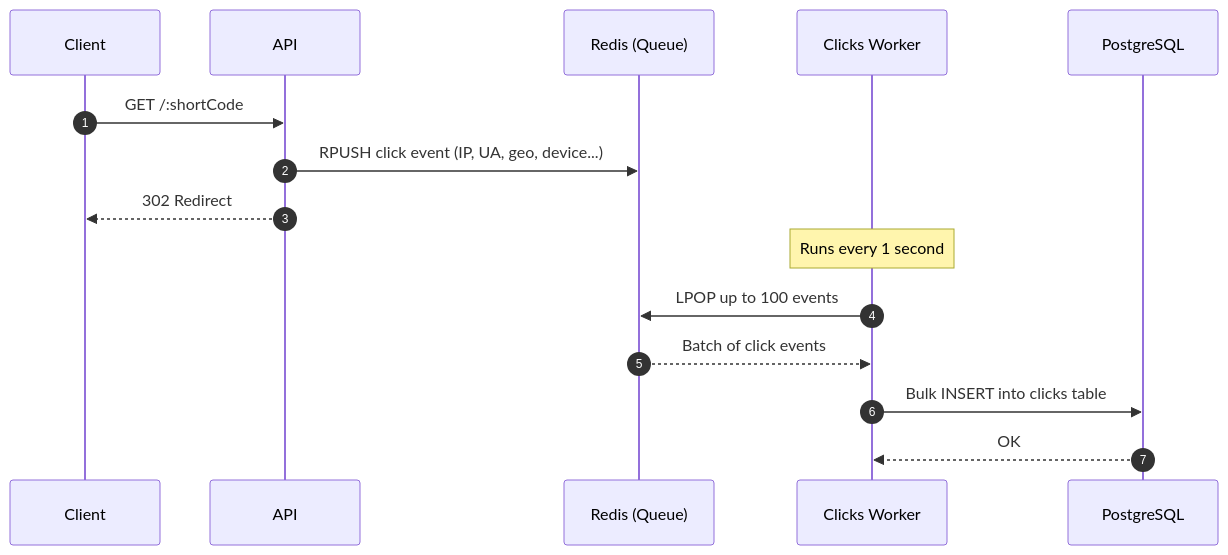
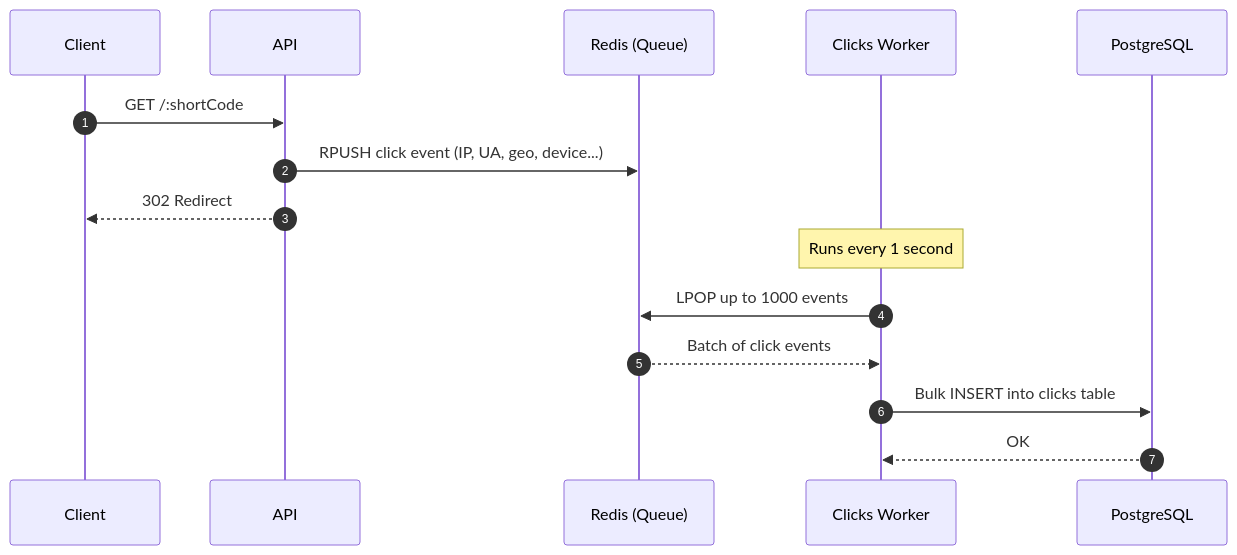
The third of 3 diagrams in README.md (pedroheing/url-shortening), drawn with Mermaid before and after one commit. The commit also changed other lines of this file, not shown here.

````diff
--- a/README.md
+++ b/README.md
@@ -101,22 +123,22 @@
 ```mermaid
 sequenceDiagram
   autonumber
   participant Client
   participant API
   participant Queue as Redis (Queue)
   participant Worker as Clicks Worker
   participant DB as PostgreSQL
 
   Client->>API: GET /:shortCode
 
   API->>Queue: RPUSH click event (IP, UA, geo, device...)
   API-->>Client: 302 Redirect
 
   Note over Worker: Runs every 1 second
 
-  Worker->>Queue: LPOP up to 100 events
+  Worker->>Queue: LPOP up to 1000 events
   Queue-->>Worker: Batch of click events
 
   Worker->>DB: Bulk INSERT into clicks table
   DB-->>Worker: OK
 ```
````
